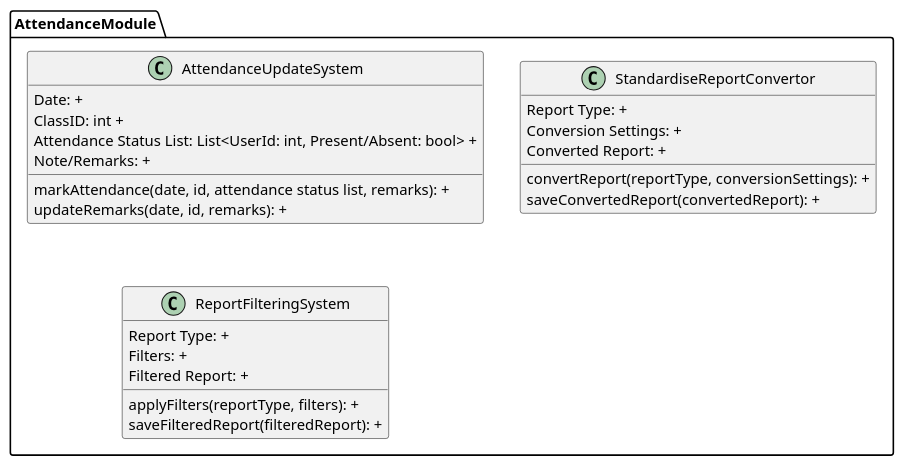
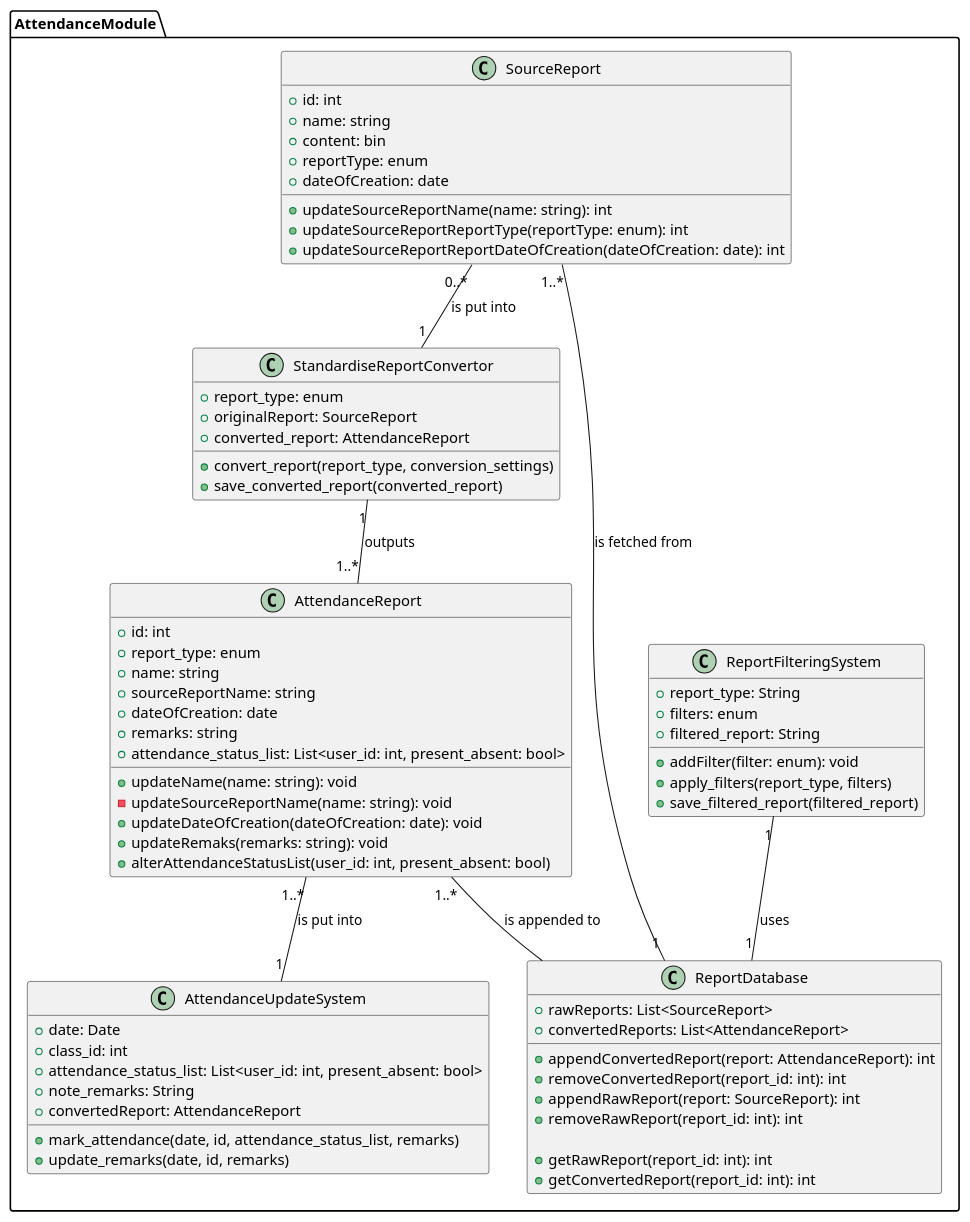
One commit to anshium/DASS-Assignment-3-IMS-System-Design changed the diagram in attendance.plantuml. Above: the diagram before and after it, drawn with PlantUML. The commit also changed 3 other files, not shown here.

```diff
--- a/attendance.plantuml
+++ b/attendance.plantuml
@@ -1,29 +1,81 @@
 @startuml attendance
 
 package AttendanceModule {
 	class AttendanceUpdateSystem {
-		Date: +
-		ClassID: int +
-		Attendance Status List: List<UserId: int, Present/Absent: bool> +
-		Note/Remarks: +
-		markAttendance(date, id, attendance status list, remarks): +
-		updateRemarks(date, id, remarks): +
+		+ date: Date
+		+ class_id: int
+		+ attendance_status_list: List<user_id: int, present_absent: bool>
+		+ note_remarks: String
+		+ convertedReport: AttendanceReport
+		+ mark_attendance(date, id, attendance_status_list, remarks)
+		+ update_remarks(date, id, remarks)
 	}
 
 	class StandardiseReportConvertor {
-		Report Type: +
-		Conversion Settings: +
-		Converted Report: +
-		convertReport(reportType, conversionSettings): +
-		saveConvertedReport(convertedReport): +
+		+ report_type: enum
+		+ originalReport: SourceReport
+		+ converted_report: AttendanceReport
+		+ convert_report(report_type, conversion_settings)
+		+ save_converted_report(converted_report)
+	}
+
+	class AttendanceReport {
+		+ id: int
+		+ report_type: enum
+		+ name: string
+		+ sourceReportName: string
+		+ dateOfCreation: date
+		+ remarks: string
+		+ attendance_status_list: List<user_id: int, present_absent: bool>
+
+		+ updateName(name: string): void
+		- updateSourceReportName(name: string): void
+		+ updateDateOfCreation(dateOfCreation: date): void
+		+ updateRemaks(remarks: string): void
+		+ alterAttendanceStatusList(user_id: int, present_absent: bool)
 	}
 
 	class ReportFilteringSystem {
-		Report Type: +
-		Filters: +
-		Filtered Report: +
-		applyFilters(reportType, filters): +
-		saveFilteredReport(filteredReport): +
+		+ report_type: String
+		+ filters: enum
+		+ filtered_report: String
+
+		+ addFilter(filter: enum): void
+		+ apply_filters(report_type, filters)
+		+ save_filtered_report(filtered_report)
 	}
+
+	class SourceReport {
+		+ id: int
+		+ name: string
+		+ content: bin
+		+ reportType: enum
+		+ dateOfCreation: date
+
+		+ updateSourceReportName(name: string): int
+		+ updateSourceReportReportType(reportType: enum): int
+		+ updateSourceReportReportDateOfCreation(dateOfCreation: date): int
+	}
+
+	class ReportDatabase {
+		+ rawReports: List<SourceReport>
+		+ convertedReports: List<AttendanceReport>
+
+		+ appendConvertedReport(report: AttendanceReport): int
+		+ removeConvertedReport(report_id: int): int
+		+ appendRawReport(report: SourceReport): int
+		+ removeRawReport(report_id: int): int
+
+		+ getRawReport(report_id: int): int
+		+ getConvertedReport(report_id: int): int
+	}
+
+	SourceReport "0..*" -- "1" StandardiseReportConvertor: is put into
+	StandardiseReportConvertor "1" -- "1..*" AttendanceReport: outputs
+	AttendanceReport "1..*" -- "1" AttendanceUpdateSystem: is put into
+	AttendanceReport "1..*" -- ReportDatabase: is appended to
+	ReportFilteringSystem "1" -- "1" ReportDatabase: uses
+	SourceReport "1..*" -- "1" ReportDatabase: is fetched from
+
 }
 @enduml
```
